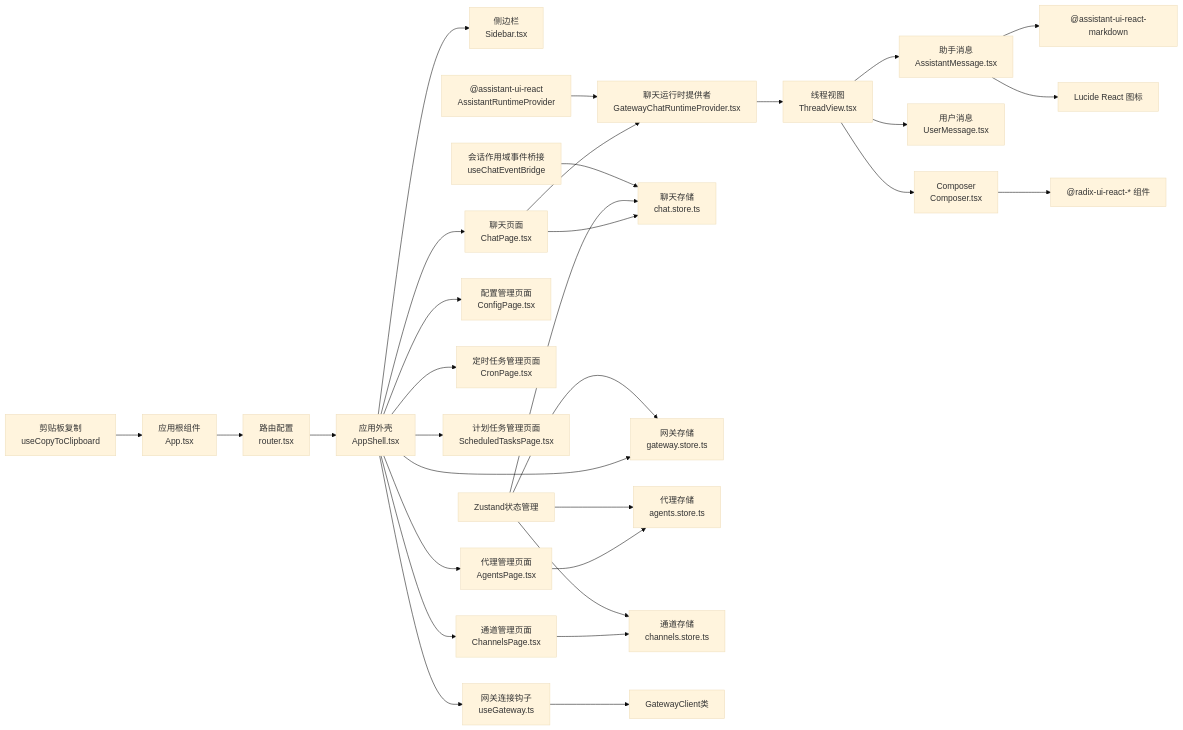
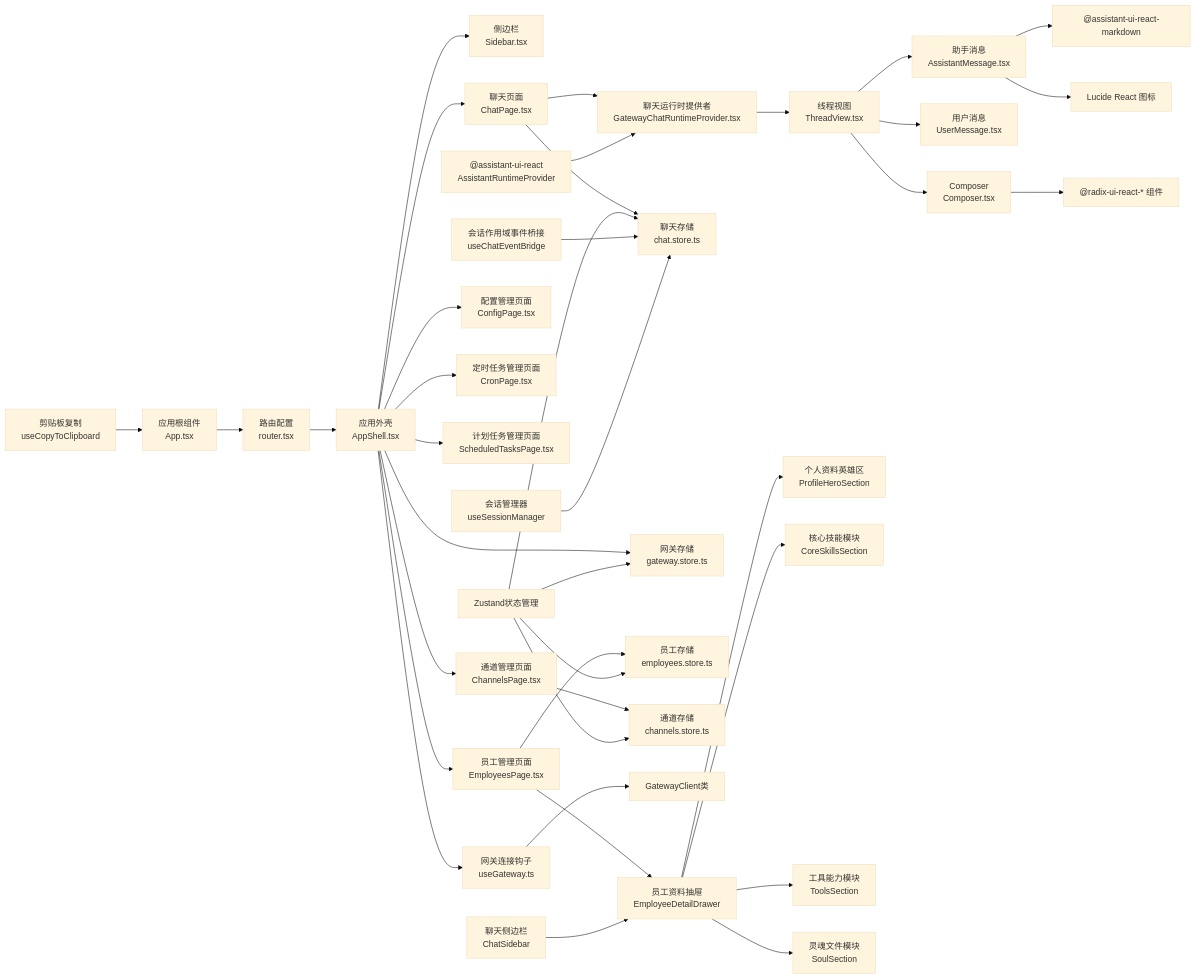
Before and after one commit to verse-ai-org/openclaw: the sixth of 6 diagrams in .qoder/repowiki/zh/content/Web界面/Web界面.md, drawn with Mermaid (base theme). The commit also changed other lines of this file and 55 other files, not shown here.

````diff
--- a/.qoder/repowiki/zh/content/Web界面/Web界面.md
+++ b/.qoder/repowiki/zh/content/Web界面/Web界面.md
@@ -739,33 +935,40 @@
 ```mermaid
 graph LR
 App["应用根组件<br/>App.tsx"] --> Router["路由配置<br/>router.tsx"]
 Router --> Shell["应用外壳<br/>AppShell.tsx"]
 Shell --> Sidebar["侧边栏<br/>Sidebar.tsx"]
 Shell --> ChatPage["聊天页面<br/>ChatPage.tsx"]
-Shell --> AgentsPage["代理管理页面<br/>AgentsPage.tsx"]
+Shell --> EmployeesPage["员工管理页面<br/>EmployeesPage.tsx"]
 Shell --> ChannelsPage["通道管理页面<br/>ChannelsPage.tsx"]
 Shell --> ConfigPage["配置管理页面<br/>ConfigPage.tsx"]
 Shell --> CronPage["定时任务管理页面<br/>CronPage.tsx"]
 Shell --> ScheduledTasksPage["计划任务管理页面<br/>ScheduledTasksPage.tsx"]
 ChatPage --> Runtime["聊天运行时提供者<br/>GatewayChatRuntimeProvider.tsx"]
 Runtime --> ThreadView["线程视图<br/>ThreadView.tsx"]
 ThreadView --> AssistantMessage["助手消息<br/>AssistantMessage.tsx"]
 ThreadView --> UserMessage["用户消息<br/>UserMessage.tsx"]
 ThreadView --> Composer["Composer<br/>Composer.tsx"]
 ChatPage --> ChatStore["聊天存储<br/>chat.store.ts"]
 Shell --> GatewayStore["网关存储<br/>gateway.store.ts"]
-AgentsPage --> AgentsStore["代理存储<br/>agents.store.ts"]
+EmployeesPage --> EmployeesStore["员工存储<br/>employees.store.ts"]
 ChannelsPage --> ChannelsStore["通道存储<br/>channels.store.ts"]
 Shell --> GatewayHook["网关连接钩子<br/>useGateway.ts"]
 GatewayHook --> GatewayClient["GatewayClient类"]
 AssistantRuntimeProvider["@assistant-ui-react<br/>AssistantRuntimeProvider"] --> Runtime
 Zustand["Zustand状态管理"] --> ChatStore
 Zustand --> GatewayStore
-Zustand --> AgentsStore
+Zustand --> EmployeesStore
 Zustand --> ChannelsStore
 AssistantMessage --> Markdown["@assistant-ui-react-markdown"]
 AssistantMessage --> Lucide["Lucide React 图标"]
 Composer --> RadixUI["@radix-ui-react-* 组件"]
 useChatEventBridge["会话作用域事件桥接<br/>useChatEventBridge"] --> ChatStore
+useSessionManager["会话管理器<br/>useSessionManager"] --> ChatStore
 useCopyToClipboard["剪贴板复制<br/>useCopyToClipboard"] --> App
+EmployeesPage --> EmployeeDetailDrawer["员工资料抽屉<br/>EmployeeDetailDrawer"]
+EmployeeDetailDrawer --> ProfileHero["个人资料英雄区<br/>ProfileHeroSection"]
+EmployeeDetailDrawer --> CoreSkills["核心技能模块<br/>CoreSkillsSection"]
+EmployeeDetailDrawer --> ToolsSection["工具能力模块<br/>ToolsSection"]
+EmployeeDetailDrawer --> SoulSection["灵魂文件模块<br/>SoulSection"]
+ChatSidebar["聊天侧边栏<br/>ChatSidebar"] --> EmployeeDetailDrawer
 ```
````
